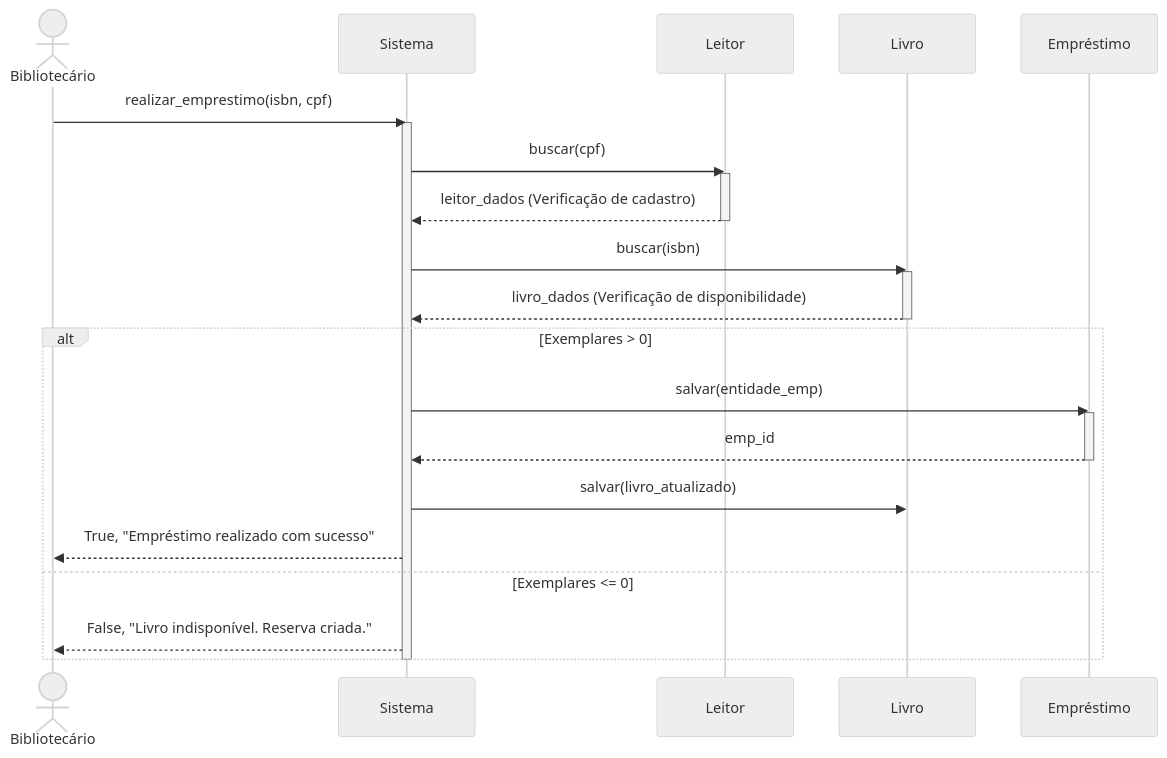
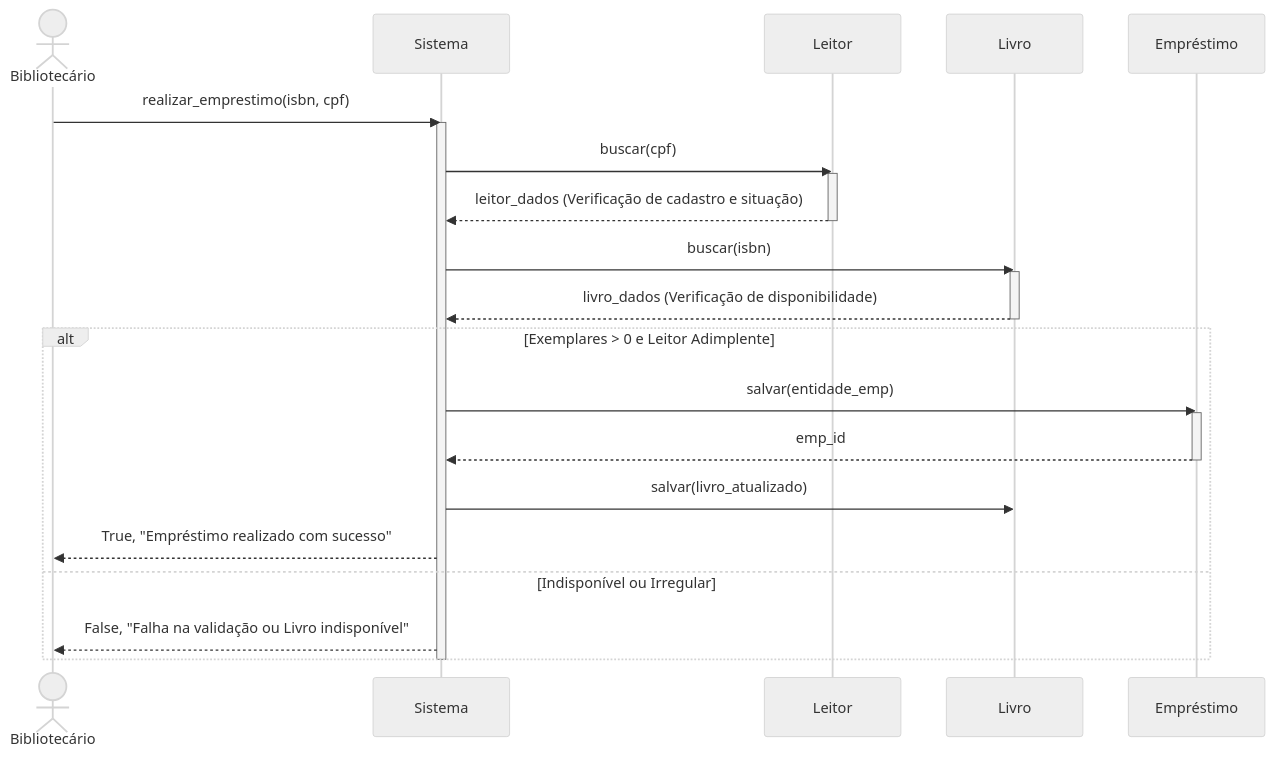
One commit to lucasmzzz/es1-pratica-avaliada-2 changed the second of 3 diagrams in modelagem-uml.md. Above: the diagram before and after it, drawn with Mermaid (neutral theme). The commit also changed other lines of this file and 1 other file, not shown here.

````diff
--- a/modelagem-uml.md
+++ b/modelagem-uml.md
@@ -74,33 +67,33 @@
 ```mermaid
 sequenceDiagram
     actor B as Bibliotecário
     participant S as Sistema
     participant L as Leitor
     participant V as Livro
     participant E as Empréstimo
     
     B->>S: realizar_emprestimo(isbn, cpf)
     activate S
     
     S->>L: buscar(cpf)
     activate L
-    L-->>S: leitor_dados (Verificação de cadastro)
+    L-->>S: leitor_dados (Verificação de cadastro e situação)
     deactivate L
     
     S->>V: buscar(isbn)
     activate V
     V-->>S: livro_dados (Verificação de disponibilidade)
     deactivate V
     
-    alt Exemplares > 0
+    alt Exemplares > 0 e Leitor Adimplente
         S->>E: salvar(entidade_emp)
         activate E
         E-->>S: emp_id
         deactivate E
         S->>V: salvar(livro_atualizado)
         S-->>B: True, "Empréstimo realizado com sucesso"
-    else Exemplares <= 0
-        S-->>B: False, "Livro indisponível. Reserva criada."
+    else Indisponível ou Irregular
+        S-->>B: False, "Falha na validação ou Livro indisponível"
     end
     deactivate S
 ```
````
